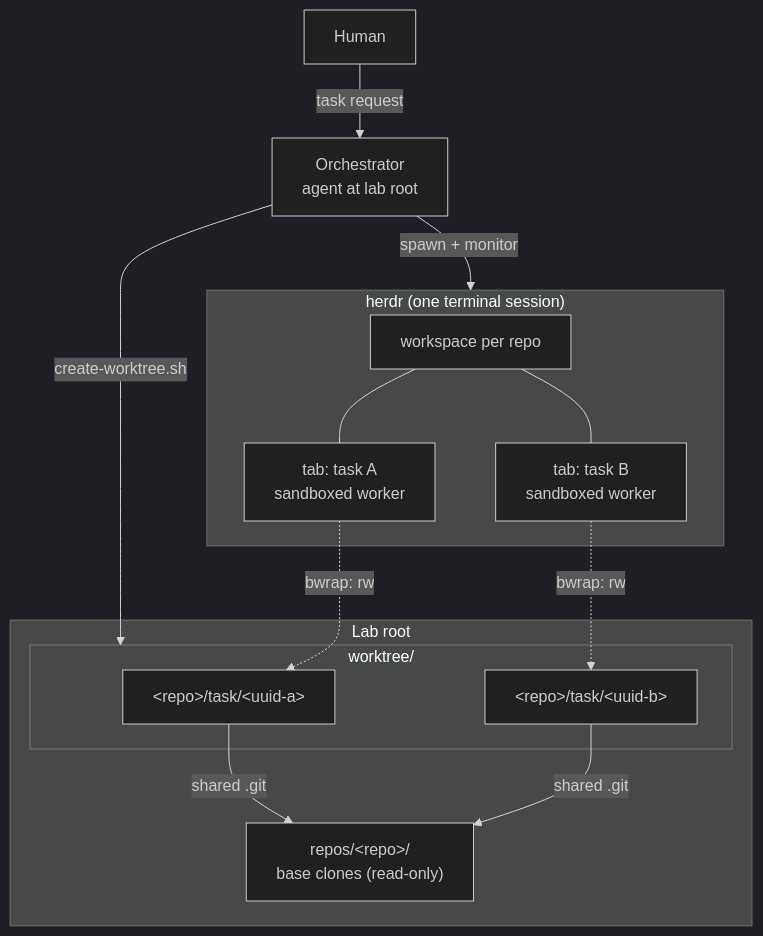
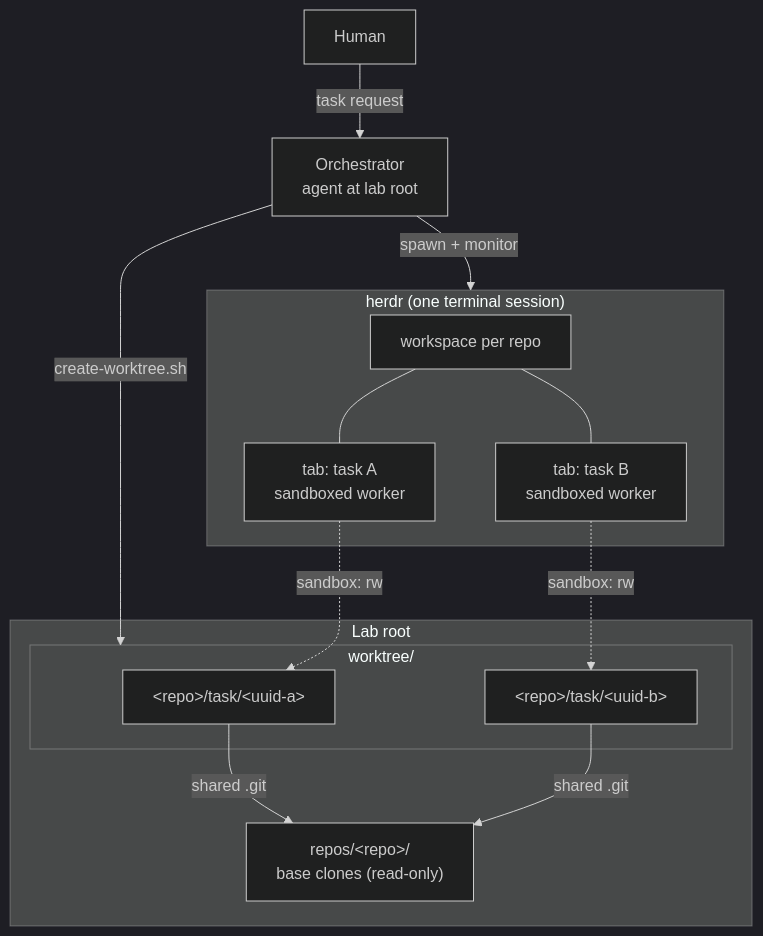
One commit to Nyarducks/Worktreeharness changed the diagram in docs/design/README.md. Above: the diagram before and after it, drawn with Mermaid (dark theme). The commit also changed other lines of this file and 19 other files, not shown here.

````diff
--- a/docs/design/README.md
+++ b/docs/design/README.md
@@ -70,28 +70,28 @@
 ```mermaid
 flowchart TB
     Human[Human] -->|task request| Orch[Orchestrator<br/>agent at lab root]
 
     subgraph Lab["Lab root"]
         Repos["repos/&lt;repo&gt;/<br/>base clones (read-only)"]
         subgraph WT["worktree/"]
             WTA["&lt;repo&gt;/task/&lt;uuid-a&gt;"]
             WTB["&lt;repo&gt;/task/&lt;uuid-b&gt;"]
         end
     end
 
     Orch -->|create-worktree.sh| WT
     Orch -->|spawn + monitor| Herdr
 
     subgraph Herdr["herdr (one terminal session)"]
         WS["workspace per repo"]
         T1["tab: task A<br/>sandboxed worker"]
         T2["tab: task B<br/>sandboxed worker"]
         WS --- T1
         WS --- T2
     end
 
-    T1 -.->|bwrap: rw| WTA
-    T2 -.->|bwrap: rw| WTB
+    T1 -.->|sandbox: rw| WTA
+    T2 -.->|sandbox: rw| WTB
     WTA -->|shared .git| Repos
     WTB -->|shared .git| Repos
 ```
````
